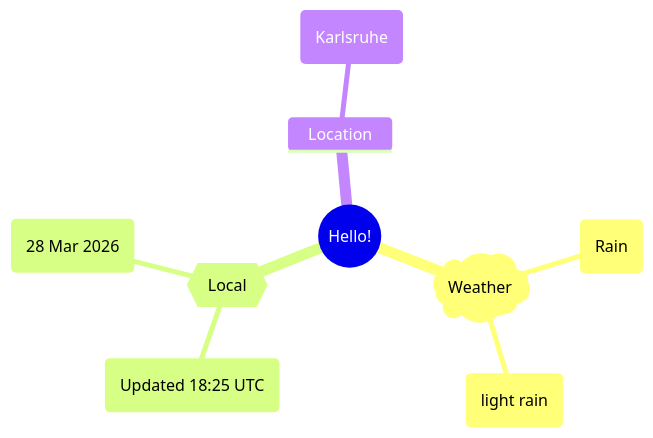
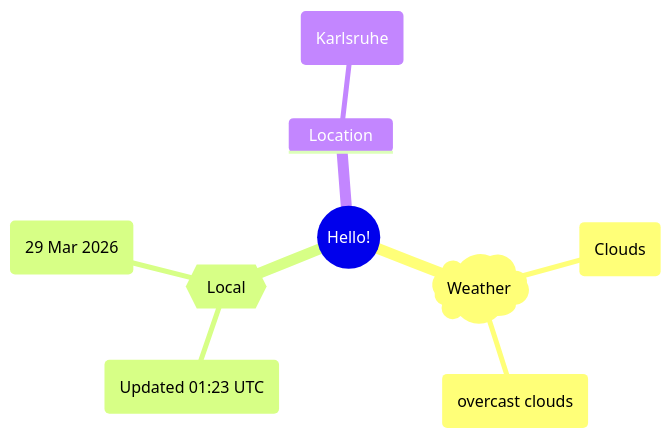
One commit to Xosrov/Xosrov changed the first of 2 diagrams in README.md. Above: the diagram before and after it, drawn with Mermaid.

Commit message:
[bot] updated images

````diff
--- a/README.md
+++ b/README.md
@@ -3,12 +3,12 @@
 ```mermaid
 mindmap
   root((Hello!))
     )Weather(
-        (Rain)
-        (light rain)
+        (Clouds)
+        (overcast clouds)
     {{Local}}
-        (Updated 18:25 UTC)
-        (28 Mar 2026)
+        (Updated 01:23 UTC)
+        (29 Mar 2026)
     Location
         (Karlsruhe)
 ```
````
